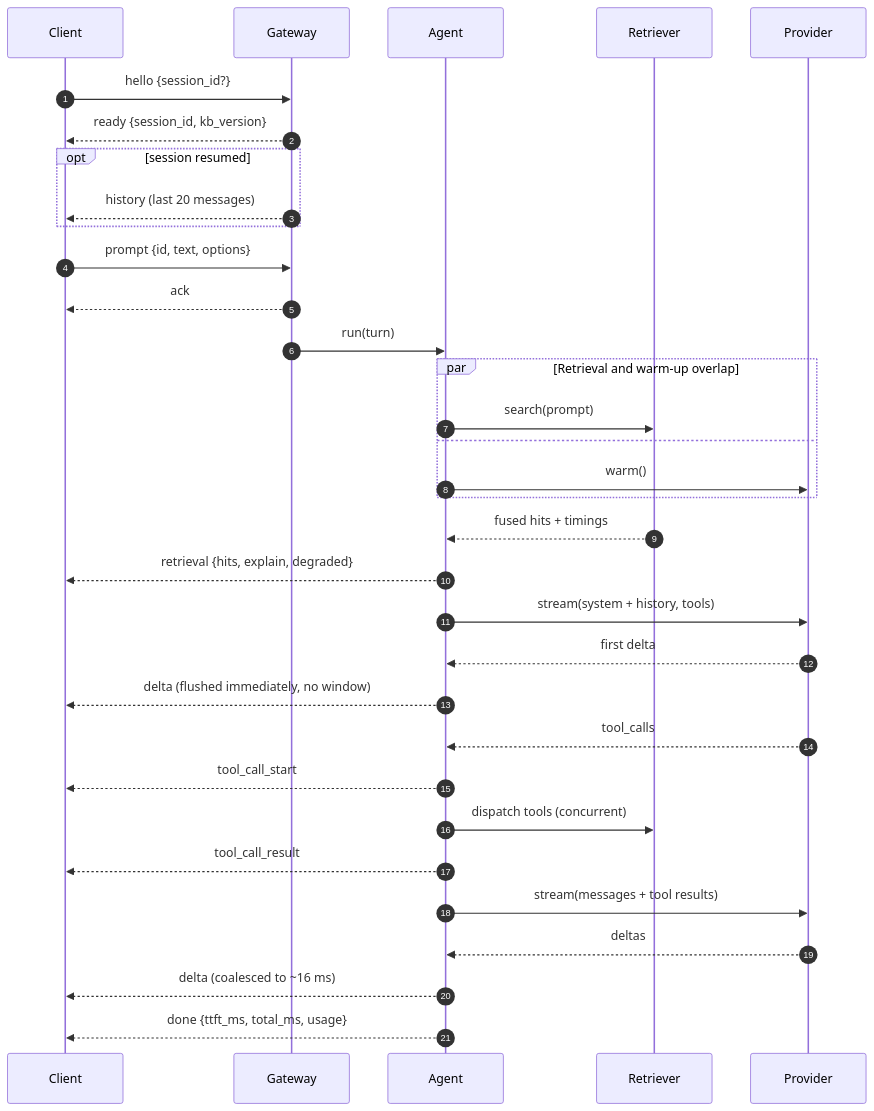
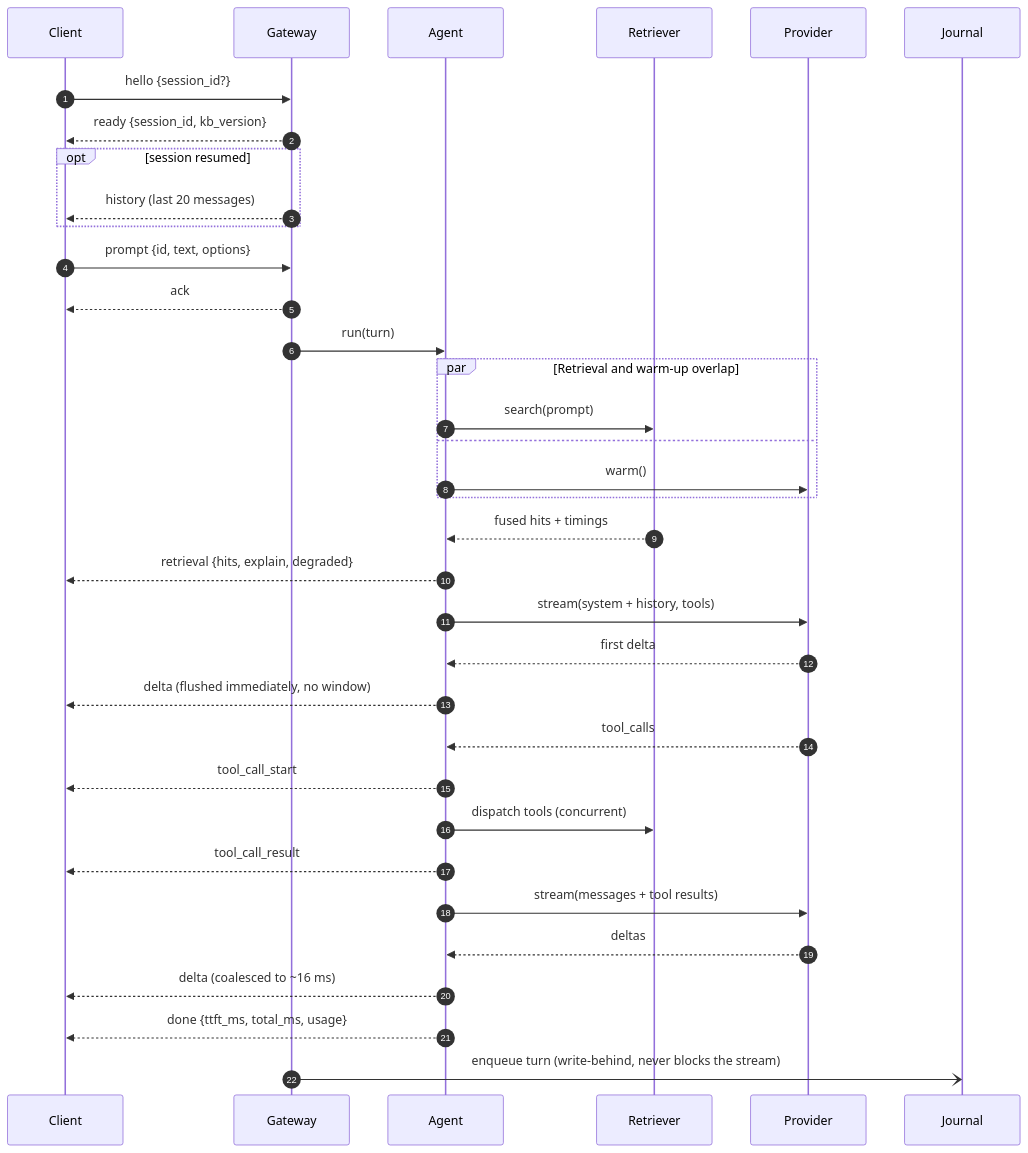
The second of 2 diagrams in README.md (Mahnoor-Zaffar/CuePilot-Real-Time-Hybrid-Autonomous-Assistant), drawn with Mermaid before and after one commit. The commit also changed other lines of this file and 15 other files, not shown here.

First line of the commit message:
feat: durable session journal behind a write-behind queue

````diff
--- a/README.md
+++ b/README.md
@@ -94,41 +95,43 @@
 ```mermaid
 sequenceDiagram
   autonumber
   participant C as Client
   participant G as Gateway
   participant A as Agent
   participant R as Retriever
   participant P as Provider
+  participant J as Journal
 
   C->>G: hello {session_id?}
   G-->>C: ready {session_id, kb_version}
   opt session resumed
     G-->>C: history (last 20 messages)
   end
 
   C->>G: prompt {id, text, options}
   G-->>C: ack
   G->>A: run(turn)
 
   par Retrieval and warm-up overlap
     A->>R: search(prompt)
   and
     A->>P: warm()
   end
   R-->>A: fused hits + timings
   A-->>C: retrieval {hits, explain, degraded}
 
   A->>P: stream(system + history, tools)
   P-->>A: first delta
   A-->>C: delta (flushed immediately, no window)
 
   P-->>A: tool_calls
   A-->>C: tool_call_start
   A->>R: dispatch tools (concurrent)
   A-->>C: tool_call_result
 
   A->>P: stream(messages + tool results)
   P-->>A: deltas
   A-->>C: delta (coalesced to ~16 ms)
   A-->>C: done {ttft_ms, total_ms, usage}
+  G-)J: enqueue turn (write-behind, never blocks the stream)
 ```
````
